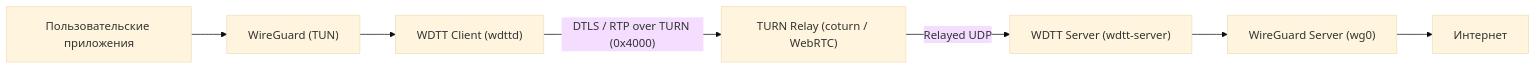
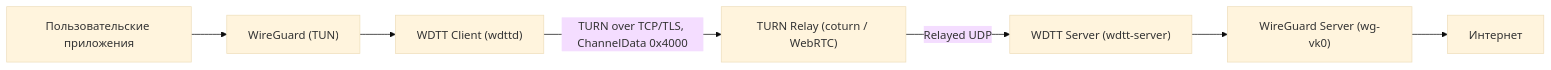
Before and after one commit to KeylHenrih/WDTT-fork: the diagram in README.md, drawn with Mermaid (base theme). The commit also changed other lines of this file and 1 other file, not shown here.

````diff
--- a/README.md
+++ b/README.md
@@ -19,9 +19,9 @@
 ```mermaid
 flowchart LR
     A["Пользовательские приложения"] --> B["WireGuard (TUN)"]
     B --> C["WDTT Client (wdttd)"]
-    C -- "DTLS / RTP over TURN (0x4000)" --> D["TURN Relay (coturn / WebRTC)"]
+    C -- "TURN over TCP/TLS, ChannelData 0x4000" --> D["TURN Relay (coturn / WebRTC)"]
     D -- "Relayed UDP" --> E["WDTT Server (wdtt-server)"]
-    E --> F["WireGuard Server (wg0)"]
+    E --> F["WireGuard Server (wg-vk0)"]
     F --> G["Интернет"]
 ```
````
